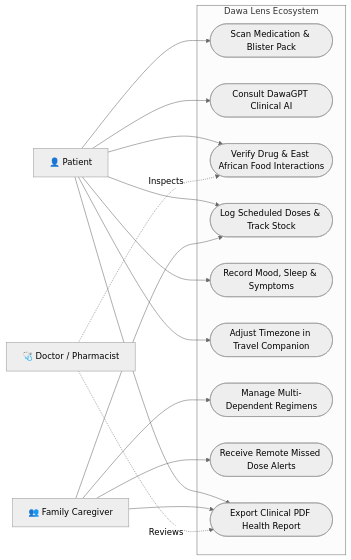
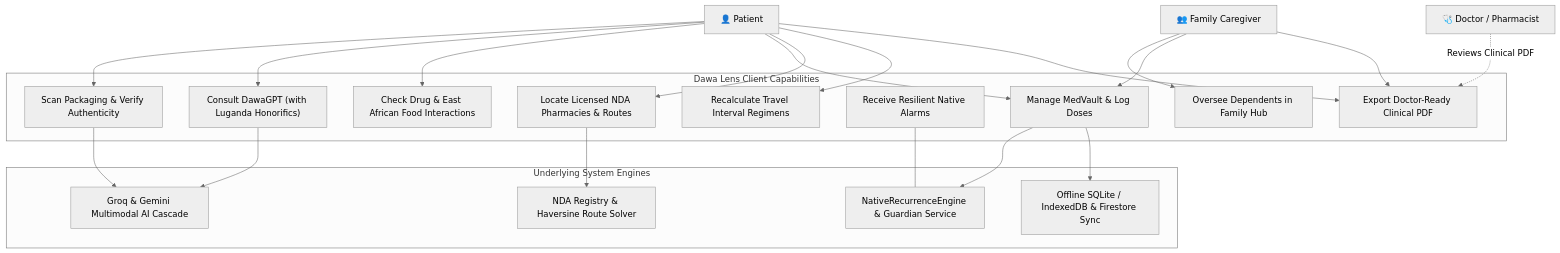
Before and after one commit to EmmahOwens/dawa-lens: the first of 5 diagrams in project_proposal.md, drawn with Mermaid (neutral theme). The commit also changed other lines of this file and 8 other files, not shown here.

Commit message:
refactor: update graph analysis report and prune community labels

````diff
--- a/project_proposal.md
+++ b/project_proposal.md
@@ -309,39 +350,51 @@
 ```mermaid
-flowchart LR
+flowchart TD
     %% Primary Actors
     Patient["👤 Patient"]
     Caregiver["👥 Family Caregiver"]
     Clinician["🩺 Doctor / Pharmacist"]
 
-    %% System Boundary
-    subgraph DawaLensSystem ["Dawa Lens Ecosystem"]
-        UC1(["Scan Medication & Blister Pack"])
-        UC2(["Consult DawaGPT Clinical AI"])
-        UC3(["Verify Drug & East African Food Interactions"])
-        UC4(["Log Scheduled Doses & Track Stock"])
-        UC5(["Record Mood, Sleep & Symptoms"])
-        UC6(["Adjust Timezone in Travel Companion"])
-        UC7(["Manage Multi-Dependent Regimens"])
-        UC8(["Receive Remote Missed Dose Alerts"])
-        UC9(["Export Clinical PDF Health Report"])
+    %% Core Actions & Workflows
+    subgraph AppWorkflows ["Dawa Lens Client Capabilities"]
+        ScanAct["Scan Packaging & Verify Authenticity"]
+        ChatAct["Consult DawaGPT (with Luganda Honorifics)"]
+        GuardAct["Check Drug & East African Food Interactions"]
+        DoseAct["Manage MedVault & Log Doses"]
+        PharmAct["Locate Licensed NDA Pharmacies & Routes"]
+        AlarmAct["Receive Resilient Native Alarms"]
+        FamilyAct["Oversee Dependents in Family Hub"]
+        TravelAct["Recalculate Travel Interval Regimens"]
+        ReportAct["Export Doctor-Ready Clinical PDF"]
     end
 
-    %% Patient Associations
-    Patient --> UC1
-    Patient --> UC2
-    Patient --> UC3
-    Patient --> UC4
-    Patient --> UC5
-    Patient --> UC6
-    Patient --> UC9
+    %% Native & Cloud Engines
+    subgraph ExecutionEngines ["Underlying System Engines"]
+        EngRecurrence["NativeRecurrenceEngine & Guardian Service"]
+        EngNDA["NDA Registry & Haversine Route Solver"]
+        EngAI["Groq & Gemini Multimodal AI Cascade"]
+        EngSync["Offline SQLite / IndexedDB & Firestore Sync"]
+    end
 
-    %% Caregiver Associations
-    Caregiver --> UC7
-    Caregiver --> UC8
-    Caregiver --> UC4
-    Caregiver --> UC9
+    %% Actor Connections
+    Patient --> ScanAct
+    Patient --> ChatAct
+    Patient --> GuardAct
+    Patient --> DoseAct
+    Patient --> PharmAct
+    Patient --> TravelAct
+    Patient --> ReportAct
 
-    %% Clinician Associations
-    Clinician -.->|Reviews| UC9
-    Clinician -.->|Inspects| UC3
+    Caregiver --> FamilyAct
+    Caregiver --> DoseAct
+    Caregiver --> ReportAct
+
+    Clinician -.->|Reviews Clinical PDF| ReportAct
+
+    %% Subsystem Bindings
+    ScanAct --> EngAI
+    ChatAct --> EngAI
+    AlarmAct --- EngRecurrence
+    DoseAct --> EngRecurrence
+    PharmAct --> EngNDA
+    DoseAct --> EngSync
 ```
````
